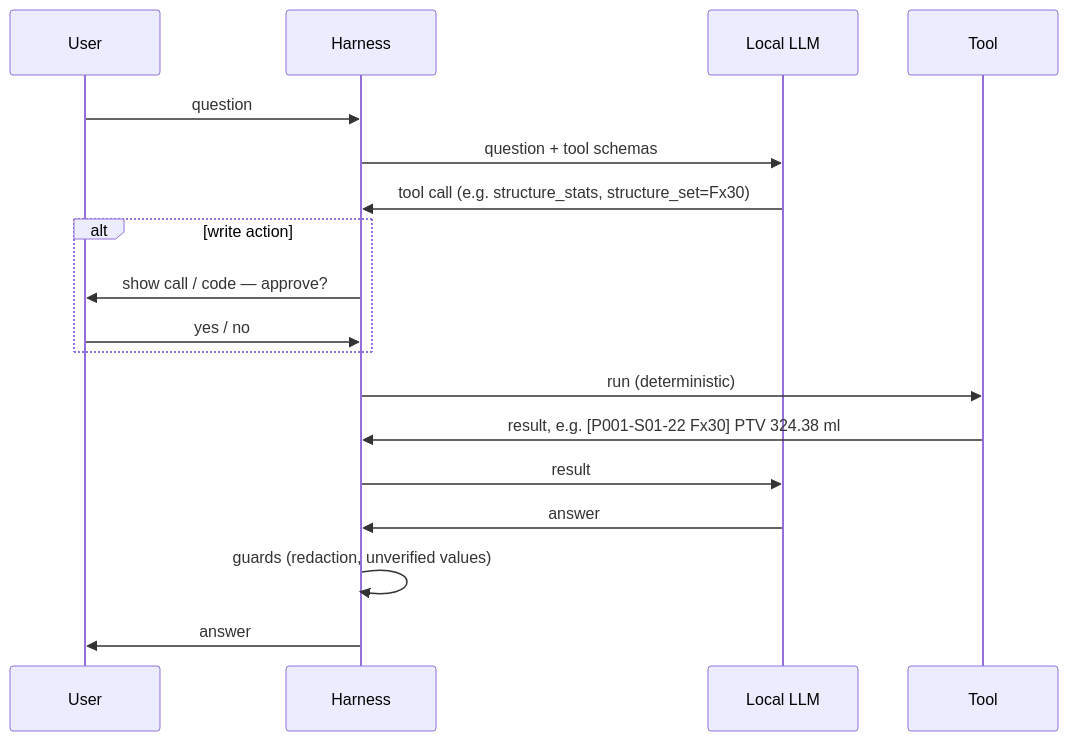
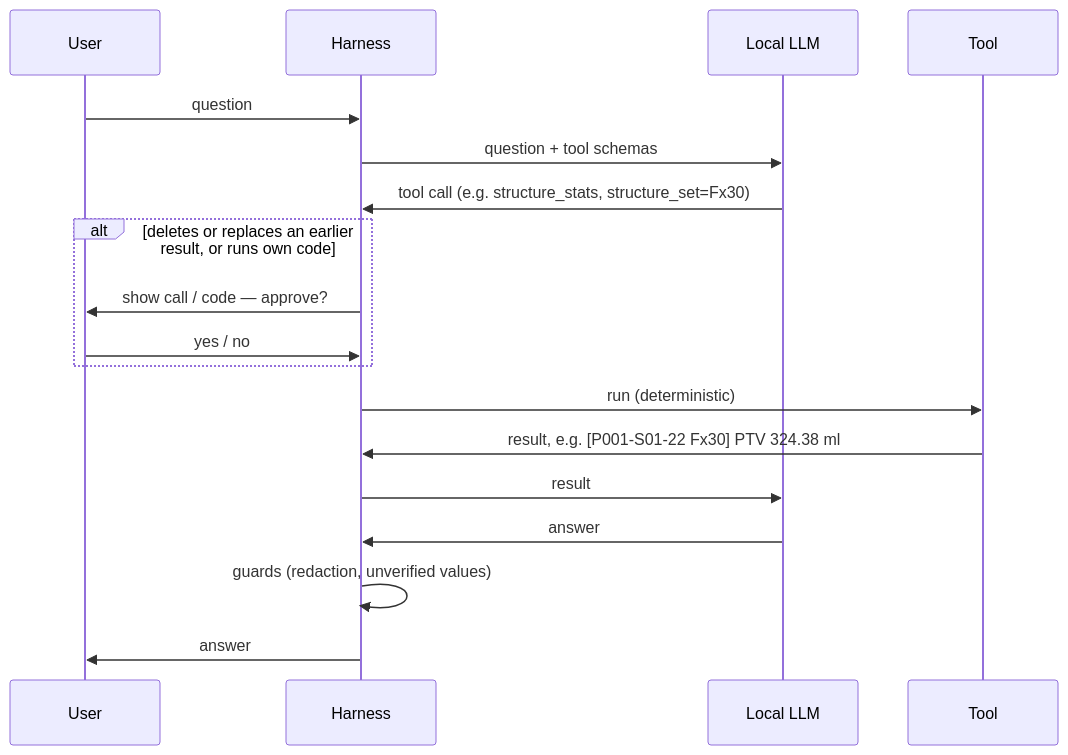
The third of 4 diagrams in README.md (cwei42/meddata-agent), drawn with Mermaid before and after one commit. The commit also changed other lines of this file and 17 other files, not shown here.

````diff
--- a/README.md
+++ b/README.md
@@ -278,20 +236,20 @@
 ```mermaid
 sequenceDiagram
     participant U as User
     participant H as Harness
     participant M as Local LLM
     participant T as Tool
     U->>H: question
     H->>M: question + tool schemas
     M->>H: tool call (e.g. structure_stats, structure_set=Fx30)
-    alt write action
+    alt deletes or replaces an earlier result, or runs own code
         H->>U: show call / code — approve?
         U->>H: yes / no
     end
     H->>T: run (deterministic)
     T->>H: result, e.g. [P001-S01-22 Fx30] PTV 324.38 ml
     H->>M: result
     M->>H: answer
     H->>H: guards (redaction, unverified values)
     H->>U: answer
 ```
````
